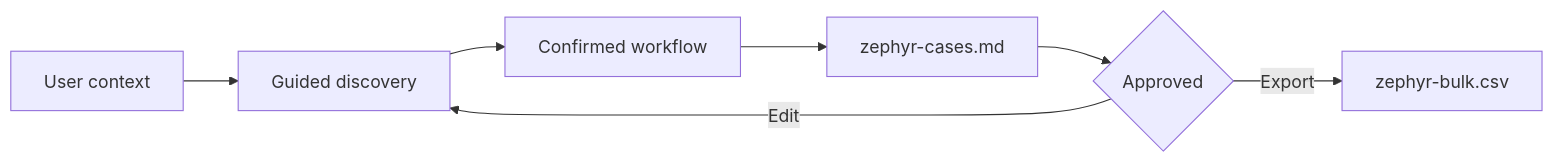
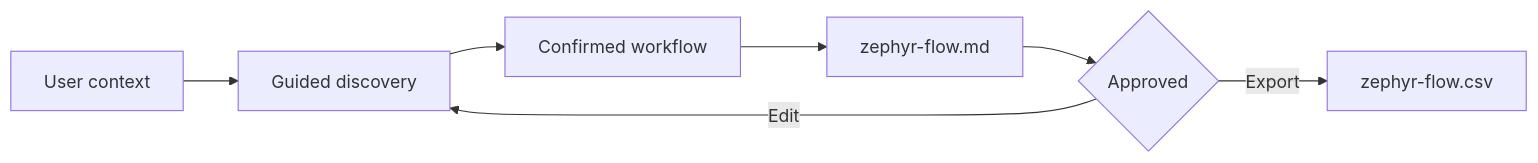
The diagram in README.md (jmora-co/zephyr), drawn with Mermaid before and after one commit. The commit also changed other lines of this file and 3 other files, not shown here.

Commit message:
Update README and SKILL documentation for Zephyr test case naming and export process; modify export script to handle new filename conventions and numeric suffixes for existing files.

````diff
--- a/README.md
+++ b/README.md
@@ -51,9 +51,9 @@
 ```mermaid
 flowchart LR
     A[User context] --> B[Guided discovery]
     B --> C[Confirmed workflow]
-    C --> D[zephyr-cases.md]
+    C --> D[zephyr-flow.md]
     D --> E{Approved}
     E -->|Edit| B
-    E -->|Export| F[zephyr-bulk.csv]
+    E -->|Export| F[zephyr-flow.csv]
 ```
````
